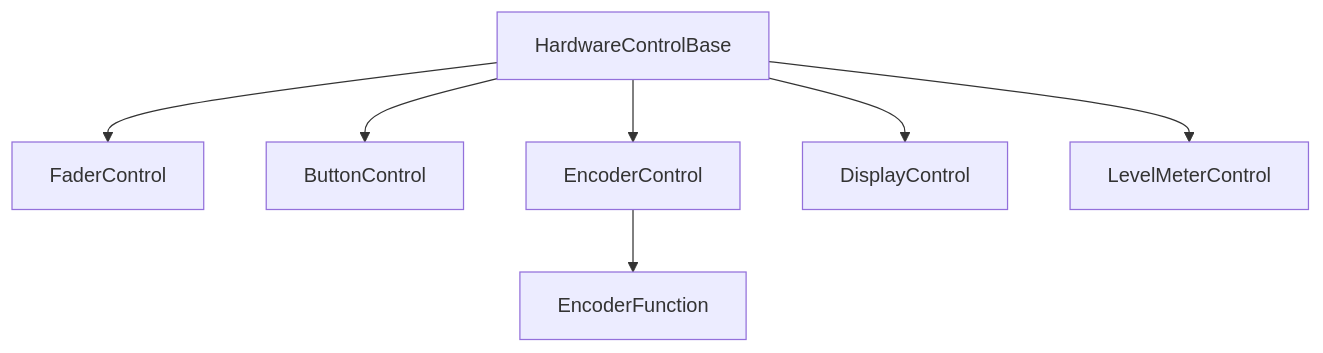
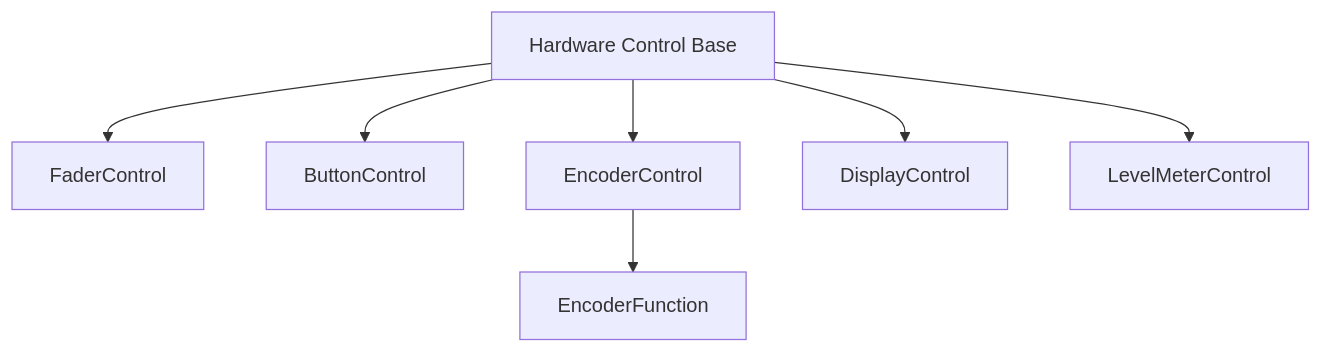
One commit to senfpeitsche/XTouchVMBridge changed the third of 5 diagrams in docs/ARCHITECTURE.md. Above: the diagram before and after it, drawn with Mermaid. The commit also changed other lines of this file and 1 other file, not shown here.

Commit message:
Simplify and standardize mermaid diagram labels in architecture documentation

````diff
--- a/docs/ARCHITECTURE.md
+++ b/docs/ARCHITECTURE.md
@@ -62,17 +61,17 @@
 ```mermaid
 flowchart TD
-    Base[HardwareControlBase]
+    Base[Hardware Control Base]
     Fader[FaderControl]
     Button[ButtonControl]
     Encoder[EncoderControl]
     Func[EncoderFunction]
     Display[DisplayControl]
     Meter[LevelMeterControl]
 
     Base --> Fader
     Base --> Button
     Base --> Encoder
     Base --> Display
     Base --> Meter
     Encoder --> Func
 ```
````
